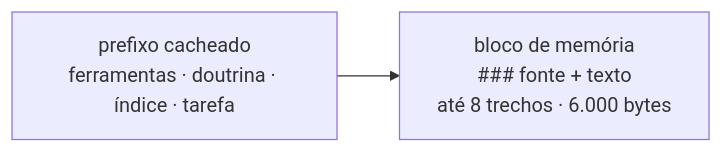
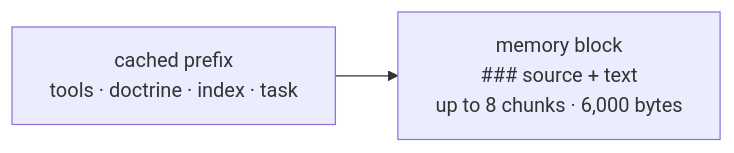
Before and after one commit to enzoconsulo/factory-tcc: the diagram in docs/tasks/en/E6-project-memory/FAB-604-deliver-context-with-its-source-cited.md, drawn with Mermaid. The commit also changed 52 other files, not shown here.

````diff
--- a/docs/tasks/en/E6-project-memory/FAB-604-deliver-context-with-its-source-cited.md
+++ b/docs/tasks/en/E6-project-memory/FAB-604-deliver-context-with-its-source-cited.md
@@ -11,4 +11,4 @@
 ```mermaid
 flowchart LR
-  P["prefixo cacheado<br/>ferramentas · doutrina · índice · tarefa"] --> B["bloco de memória<br/>### fonte + texto<br/>até 8 trechos · 6.000 bytes"]
+  P["cached prefix<br/>tools · doctrine · index · task"] --> B["memory block<br/>### source + text<br/>up to 8 chunks · 6,000 bytes"]
 ```
````
